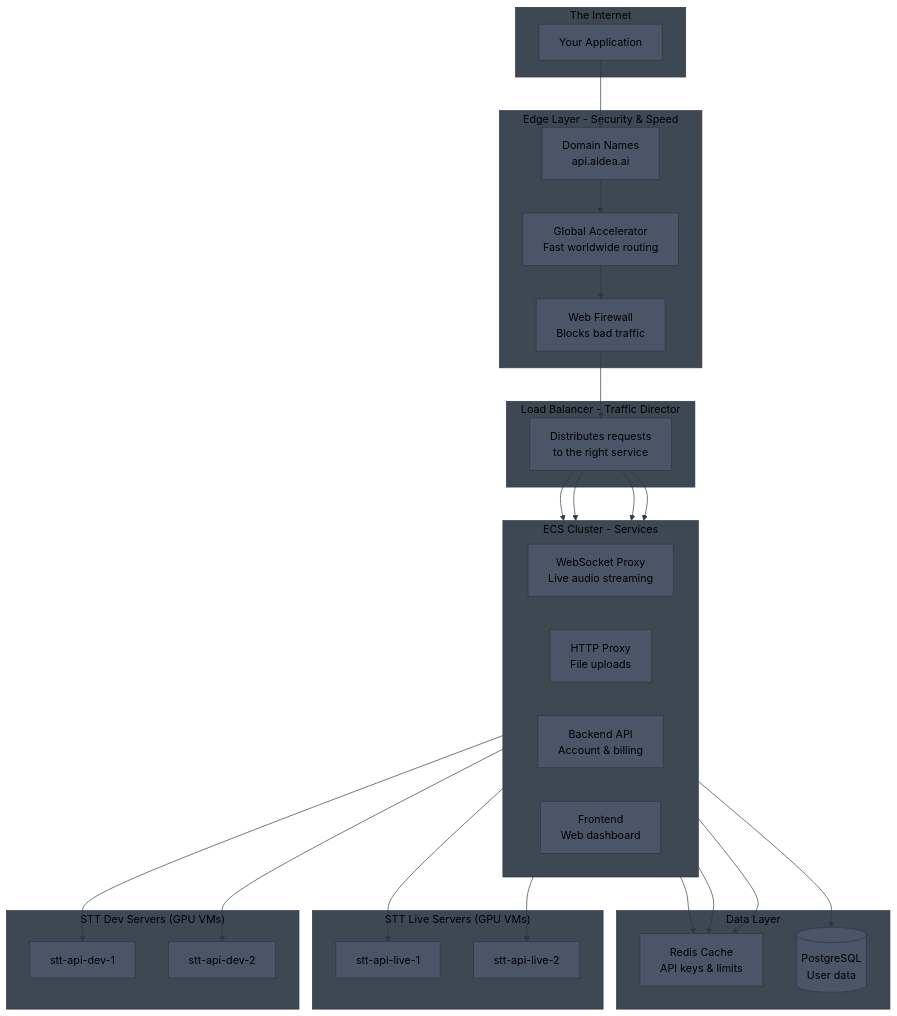
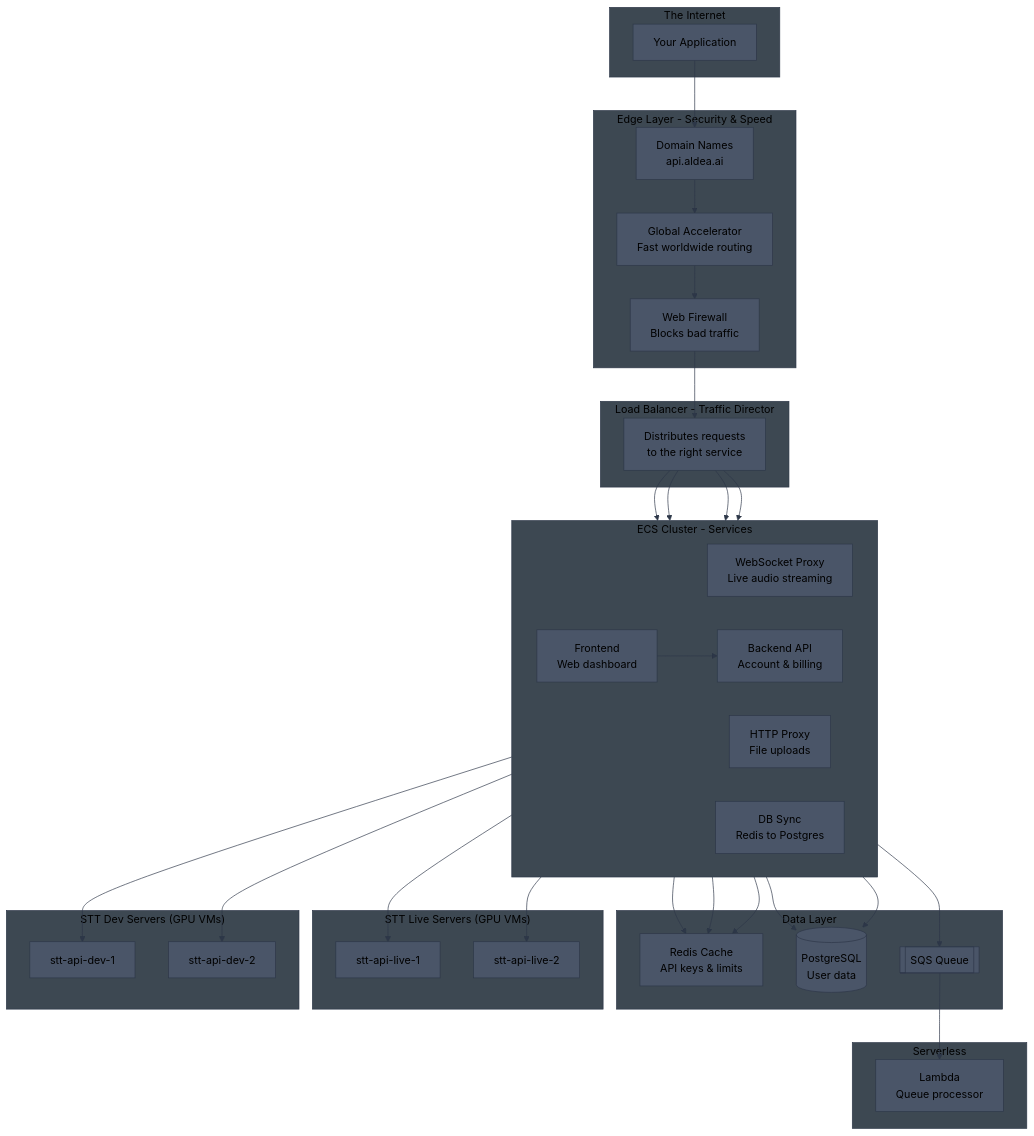
The second of 8 diagrams in diagrams/ecs-architecture.md (aldea-ai/infrastructure-docs), drawn with Mermaid before and after one commit. The commit also changed other lines of this file, not shown here.

Commit message:
Add service connections: Frontend→Backend, DB Sync→RDS+SQS, SQS→Lambda

````diff
--- a/diagrams/ecs-architecture.md
+++ b/diagrams/ecs-architecture.md
@@ -41,47 +41,56 @@
 ```mermaid
 %%{init: {'theme': 'base', 'themeVariables': { 'primaryColor': '#4a5568', 'primaryTextColor': '#000', 'primaryBorderColor': '#2d3748', 'lineColor': '#2d3748', 'secondaryColor': '#5a6577', 'tertiaryColor': '#6b7280', 'background': '#1a202c', 'mainBkg': '#4a5568', 'secondBkg': '#5a6577', 'clusterBkg': '#3d4852', 'clusterBorder': '#2d3748', 'titleColor': '#000'}}}%%
 flowchart TB
     subgraph Internet["The Internet"]
         USER[Your Application]
     end
 
     subgraph Edge["Edge Layer - Security & Speed"]
         DNS[Domain Names<br/>api.aldea.ai]
         GA[Global Accelerator<br/>Fast worldwide routing]
         WAF[Web Firewall<br/>Blocks bad traffic]
     end
 
     subgraph LB["Load Balancer - Traffic Director"]
         ALB[Distributes requests<br/>to the right service]
     end
 
     subgraph ECS["ECS Cluster - Services"]
         direction LR
         WS[WebSocket Proxy<br/>Live audio streaming]
         HTTP[HTTP Proxy<br/>File uploads]
         BE[Backend API<br/>Account & billing]
         FE[Frontend<br/>Web dashboard]
+        SYNC[DB Sync<br/>Redis to Postgres]
     end
 
     subgraph Data["Data Layer"]
         REDIS[Redis Cache<br/>API keys & limits]
         RDS[(PostgreSQL<br/>User data)]
+        SQS[[SQS Queue]]
+    end
+
+    subgraph Serverless["Serverless"]
+        LAMBDA[Lambda<br/>Queue processor]
     end
 
     subgraph STT_Live["STT Live Servers (GPU VMs)"]
         LIVE1[stt-api-live-1]
         LIVE2[stt-api-live-2]
     end
 
     subgraph STT_Dev["STT Dev Servers (GPU VMs)"]
         DEV1[stt-api-dev-1]
         DEV2[stt-api-dev-2]
     end
 
     USER --> DNS --> GA --> WAF --> ALB
     ALB --> WS & HTTP & BE & FE
     WS & HTTP --> REDIS
     BE --> REDIS & RDS
+    FE --> BE
+    SYNC --> RDS & SQS
+    SQS --> LAMBDA
     HTTP --> LIVE1 & LIVE2
     WS --> DEV1 & DEV2
 ```
````
